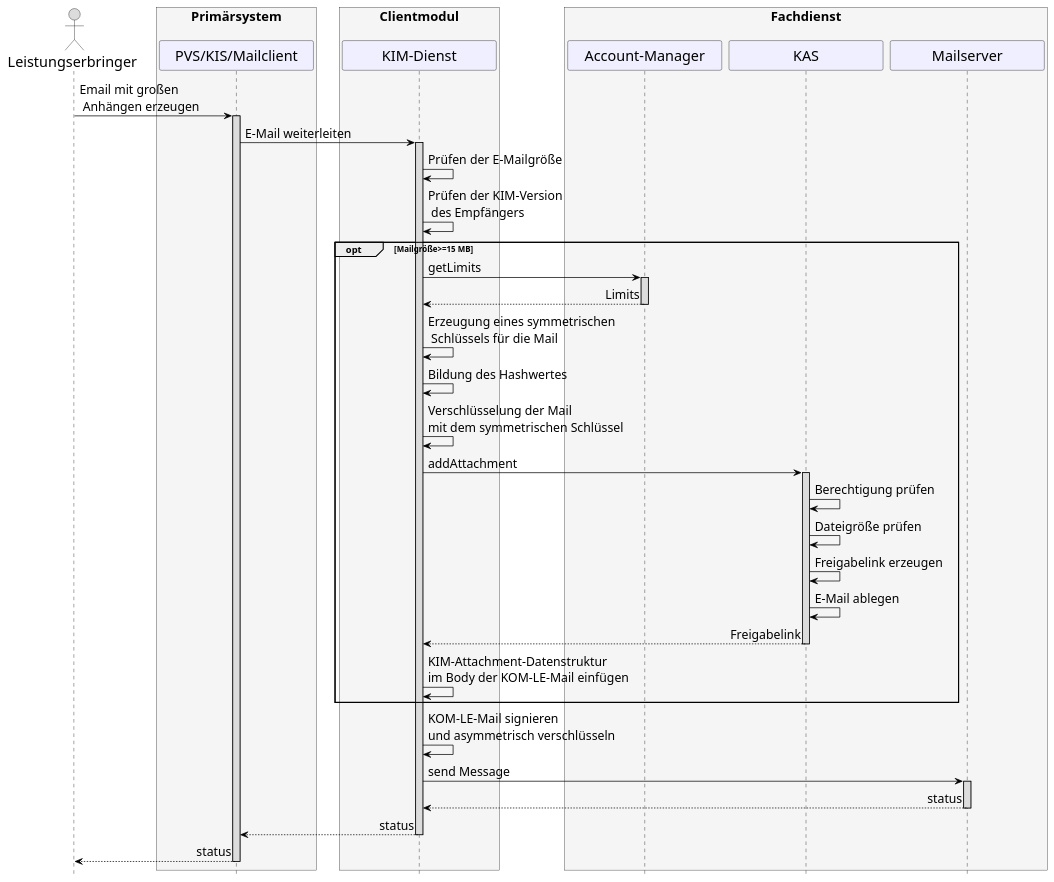
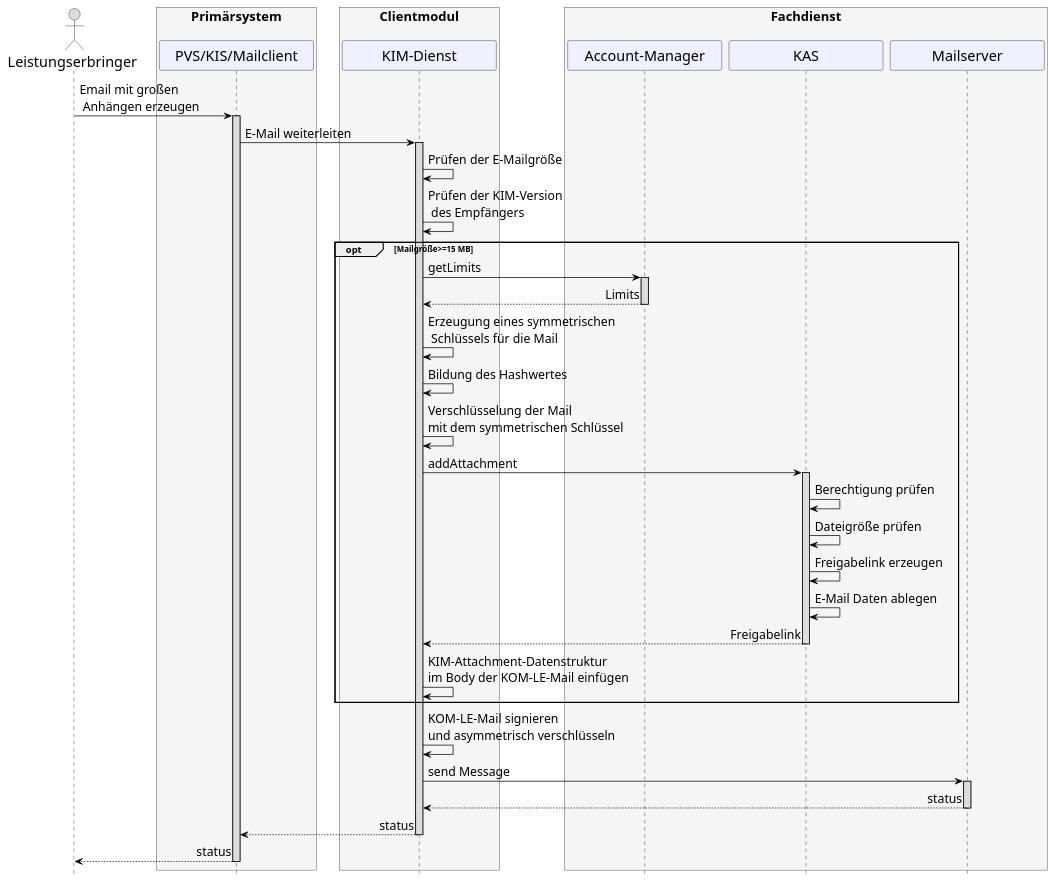
One commit to gematik/api-kim changed the diagram in src/plantuml/Fachdienst/Seq_kas_email_senden.puml. Above: the diagram before and after it, drawn with PlantUML.

```diff
--- a/src/plantuml/Fachdienst/Seq_kas_email_senden.puml
+++ b/src/plantuml/Fachdienst/Seq_kas_email_senden.puml
@@ -8,72 +8,72 @@
 @startuml
 skinparam sequenceMessageAlign direction
 skinparam minClassWidth 200
 skinparam BoxPadding 15
 skinparam sequenceReferenceHeaderBackgroundColor palegreen
 scale max 2048 width
 hide footbox
 
 skinparam sequence {
 ArrowColor black
 ArrowFontSize 17
 ActorBorderColor black
 LifeLineBorderColor black
 LifeLineBackgroundColor Gainsboro
 
 ParticipantBorderColor Motivation
 ParticipantBackgroundColor Motivation
 ParticipantFontSize 20
 ParticipantFontColor black
 ParticipantBorderColor Black
 ParticipantBackgroundColor MOTIVATION
 
 ActorBackgroundColor Gainsboro
 ActorFontColor black
 ActorFontSize 20
 ActorFontName Aapex
 }
       actor L as "Leistungserbringer"
       box <size:18>Primärsystem\n #WhiteSmoke
             participant P as "PVS/KIS/Mailclient"
       end box
       box <size:18>Clientmodul\n #WhiteSmoke
       participant KM as "KIM-Dienst"
       end box
       box <size:18>Fachdienst\n #WhiteSmoke
       participant AM as "Account-Manager"
       participant K as "KAS"
       participant MS as "Mailserver"
       end box
 
 L->P: Email mit großen\n Anhängen erzeugen
  activate P
  P->KM: E-Mail weiterleiten
  activate KM
  KM->KM: Prüfen der E-Mailgröße
  KM->KM: Prüfen der KIM-Version\n des Empfängers
  opt Mailgröße>=15 MB
  KM->AM: getLimits
  activate AM
  AM-->KM: Limits
  deactivate AM
  KM->KM: Erzeugung eines symmetrischen\n Schlüssels für die Mail
  KM->KM: Bildung des Hashwertes
  KM->KM: Verschlüsselung der Mail \nmit dem symmetrischen Schlüssel
  KM->K: addAttachment
  activate K
  K->K: Berechtigung prüfen
  K->K: Dateigröße prüfen
  K->K: Freigabelink erzeugen
- K->K: E-Mail ablegen
+ K->K: E-Mail Daten ablegen
  K-->KM: Freigabelink
  deactivate K
  KM->KM: KIM-Attachment-Datenstruktur \nim Body der KOM-LE-Mail einfügen
  end
  KM->KM: KOM-LE-Mail signieren \nund asymmetrisch verschlüsseln
  KM->MS++: send Message
  MS-->KM--: status
  KM-->P:status
  deactivate KM
  P-->L:status
  deactivate P
 @enduml
```
